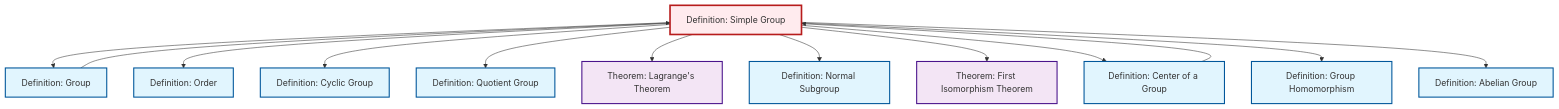
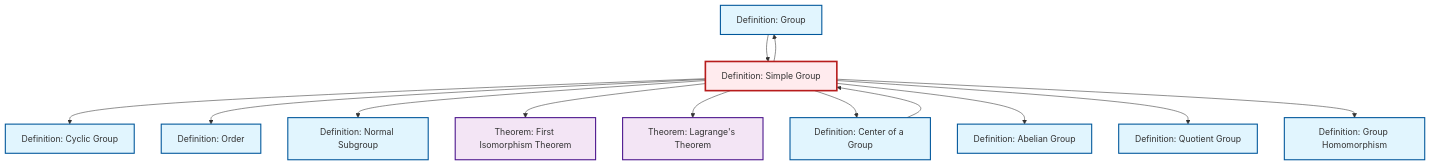
Before and after one commit to RK0429/ModernMath: the diagram in output/mermaid/en/def-simple-group.mermaid, drawn with Mermaid. The commit also changed 672 other files, not shown here.

```diff
--- a/output/mermaid/en/def-simple-group.mermaid
+++ b/output/mermaid/en/def-simple-group.mermaid
@@ -1,31 +1,30 @@
-%%| fig-cap: "Local dependency graph"
 graph TD
     classDef definition fill:#e1f5fe,stroke:#01579b,stroke-width:2px
     classDef theorem fill:#f3e5f5,stroke:#4a148c,stroke-width:2px
     classDef axiom fill:#fff3e0,stroke:#e65100,stroke-width:2px
     classDef example fill:#e8f5e9,stroke:#1b5e20,stroke-width:2px
     classDef current fill:#ffebee,stroke:#b71c1c,stroke-width:3px
-    def-simple-group["Definition: Simple Group"]:::definition
+    def-normal-subgroup["Definition: Normal Subgroup"]:::definition
     def-cyclic-group["Definition: Cyclic Group"]:::definition
     def-order["Definition: Order"]:::definition
-    thm-lagrange["Theorem: Lagrange's Theorem"]:::theorem
-    def-abelian-group["Definition: Abelian Group"]:::definition
-    def-normal-subgroup["Definition: Normal Subgroup"]:::definition
-    def-center-of-group["Definition: Center of a Group"]:::definition
-    def-homomorphism["Definition: Group Homomorphism"]:::definition
     def-quotient-group["Definition: Quotient Group"]:::definition
     thm-first-isomorphism["Theorem: First Isomorphism Theorem"]:::theorem
+    def-homomorphism["Definition: Group Homomorphism"]:::definition
     def-group["Definition: Group"]:::definition
-    def-group --> def-simple-group
-    def-center-of-group --> def-simple-group
+    thm-lagrange["Theorem: Lagrange's Theorem"]:::theorem
+    def-center-of-group["Definition: Center of a Group"]:::definition
+    def-simple-group["Definition: Simple Group"]:::definition
+    def-abelian-group["Definition: Abelian Group"]:::definition
+    def-simple-group --> def-cyclic-group
+    def-simple-group --> def-order
     def-simple-group --> def-group
-    def-simple-group --> def-order
-    def-simple-group --> def-cyclic-group
-    def-simple-group --> def-quotient-group
-    def-simple-group --> thm-lagrange
     def-simple-group --> def-normal-subgroup
     def-simple-group --> thm-first-isomorphism
+    def-simple-group --> thm-lagrange
     def-simple-group --> def-center-of-group
+    def-group --> def-simple-group
+    def-simple-group --> def-abelian-group
+    def-simple-group --> def-quotient-group
     def-simple-group --> def-homomorphism
-    def-simple-group --> def-abelian-group
+    def-center-of-group --> def-simple-group
     class def-simple-group current
```
